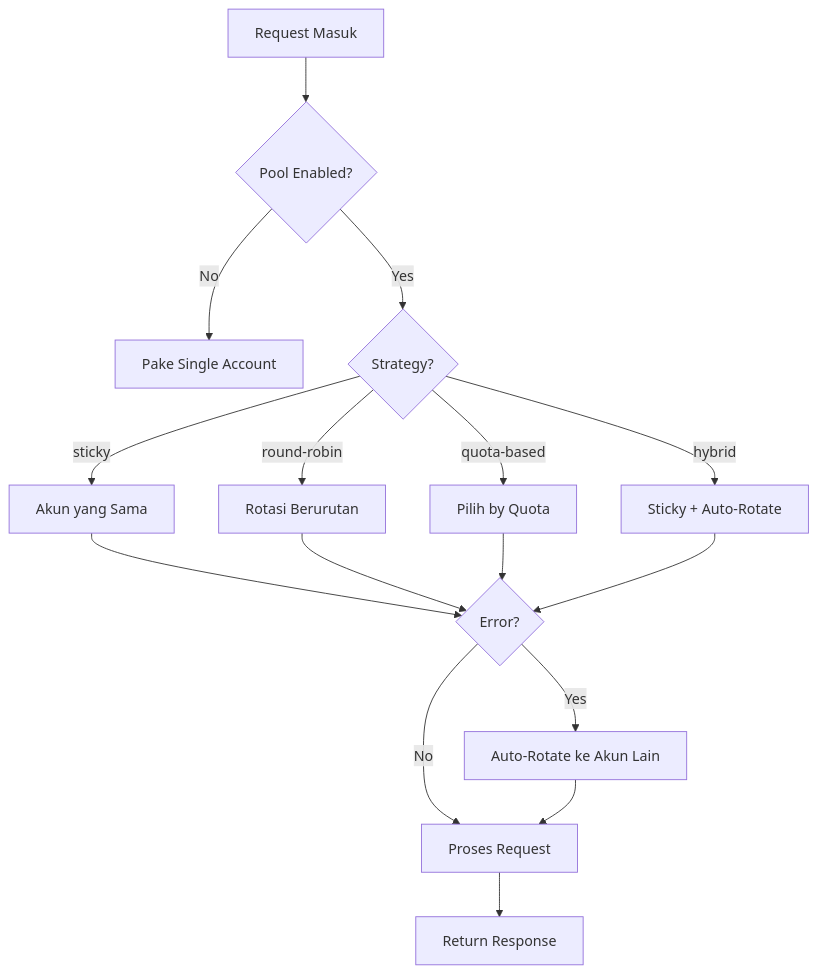
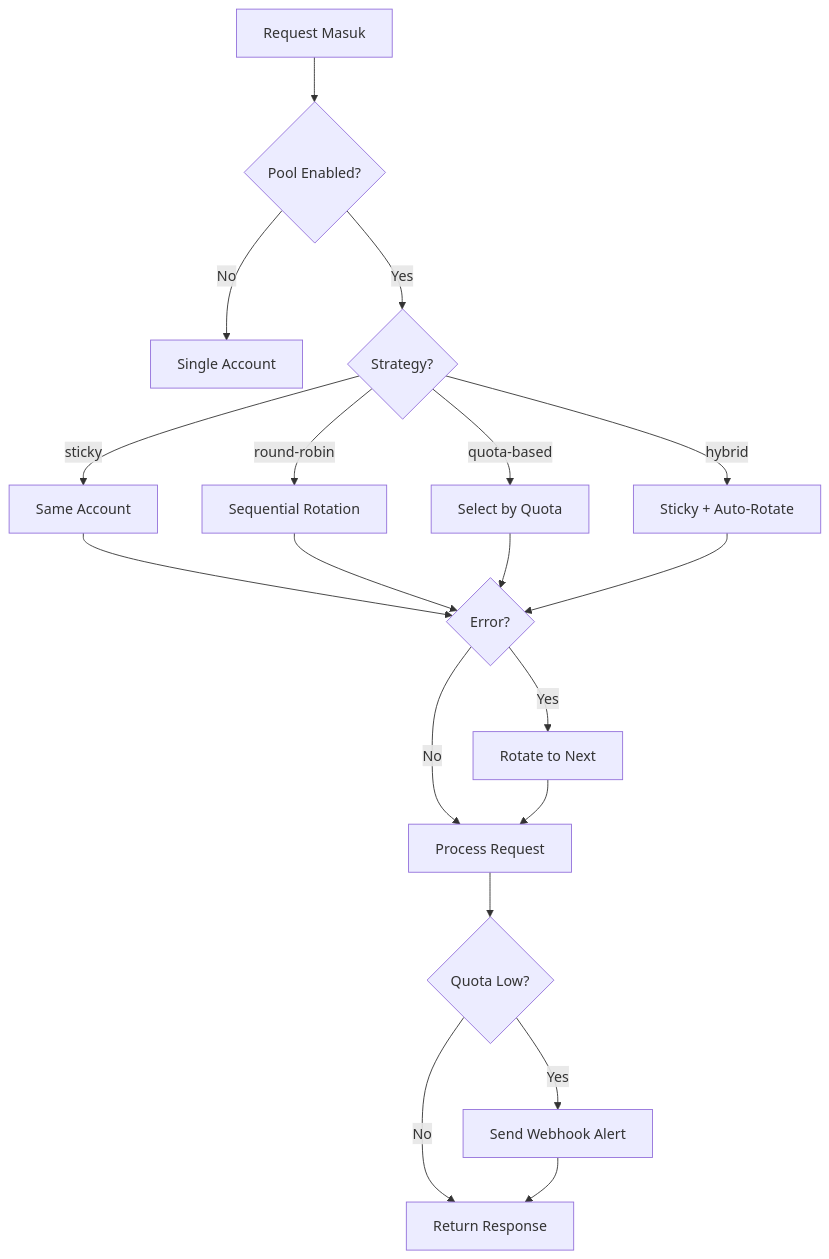
One commit to el-pablos/copilot-api changed the third of 5 diagrams in README.md. Above: the diagram before and after it, drawn with Mermaid. The commit also changed other lines of this file, not shown here.

First line of the commit message:
update: improve README dengan diagram arsitektur dan design yang lebih elegan

````diff
--- a/README.md
+++ b/README.md
@@ -227,18 +277,25 @@
 ```mermaid
 flowchart TD
     A[Request Masuk] --> B{Pool Enabled?}
-    B -->|No| C[Pake Single Account]
+    B -->|No| C[Single Account]
     B -->|Yes| D{Strategy?}
-    D -->|sticky| E[Akun yang Sama]
-    D -->|round-robin| F[Rotasi Berurutan]
-    D -->|quota-based| G[Pilih by Quota]
+
+    D -->|sticky| E[Same Account]
+    D -->|round-robin| F[Sequential Rotation]
+    D -->|quota-based| G[Select by Quota]
     D -->|hybrid| H[Sticky + Auto-Rotate]
+
     E --> I{Error?}
     F --> I
     G --> I
     H --> I
-    I -->|Yes| J[Auto-Rotate ke Akun Lain]
-    I -->|No| K[Proses Request]
+
+    I -->|Yes| J[Rotate to Next]
+    I -->|No| K[Process Request]
     J --> K
-    K --> L[Return Response]
+
+    K --> L{Quota Low?}
+    L -->|Yes| M[Send Webhook Alert]
+    L -->|No| N[Return Response]
+    M --> N
 ```
````
